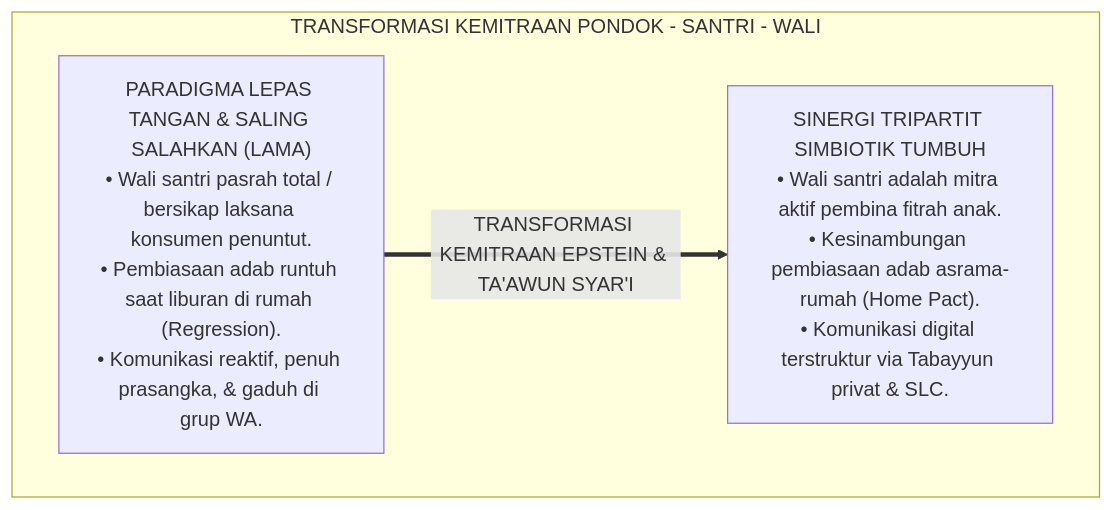
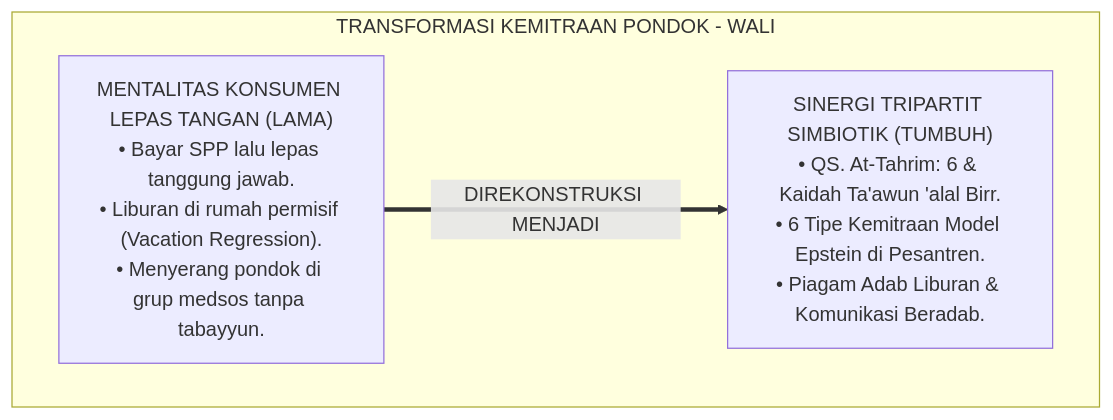
One commit to wandiapriliyandi/tumbuh changed the first of 3 diagrams in 02 Principles/07 Implementation Principles/P2-07-03-Prinsip-Sinergi-Tripartit-Pondok-Santri-Wali.md. Above: the diagram before and after it, drawn with Mermaid. The commit also changed other lines of this file and 6 other files, not shown here.

````diff
--- a/02 Principles/07 Implementation Principles/P2-07-03-Prinsip-Sinergi-Tripartit-Pondok-Santri-Wali.md
+++ b/02 Principles/07 Implementation Principles/P2-07-03-Prinsip-Sinergi-Tripartit-Pondok-Santri-Wali.md
@@ -62,10 +57,10 @@
 ```mermaid
 flowchart TD
-    subgraph TransformasiRelasiTripartit["TRANSFORMASI KEMITRAAN PONDOK - SANTRI - WALI"]
-        RelasiLama["PARADIGMA LEPAS TANGAN & SALING SALAHKAN (LAMA)<br/>• Wali santri pasrah total / bersikap laksana konsumen penuntut.<br/>• Pembiasaan adab runtuh saat liburan di rumah (Regression).<br/>• Komunikasi reaktif, penuh prasangka, & gaduh di grup WA."]
+    subgraph TransformasiKemitraanKeluarga["TRANSFORMASI KEMITRAAN PONDOK - WALI"]
+        PolaLepasTanganLama["MENTALITAS KONSUMEN LEPAS TANGAN (LAMA)<br/>• Bayar SPP lalu lepas tanggung jawab.<br/>• Liburan di rumah permisif (Vacation Regression).<br/>• Menyerang pondok di grup medsos tanpa tabayyun."]
         
-        RelasiTUMBUH["SINERGI TRIPARTIT SIMBIOTIK TUMBUH<br/>• Wali santri adalah mitra aktif pembina fitrah anak.<br/>• Kesinambungan pembiasaan adab asrama-rumah (Home Pact).<br/>• Komunikasi digital terstruktur via Tabayyun privat & SLC."]
+        PolaSinergiTUMBUH["SINERGI TRIPARTIT SIMBIOTIK (TUMBUH)<br/>• QS. At-Tahrim: 6 & Kaidah Ta'awun 'alal Birr.<br/>• 6 Tipe Kemitraan Model Epstein di Pesantren.<br/>• Piagam Adab Liburan & Komunikasi Beradab."]
         
-        RelasiLama ==>|TRANSFORMASI KEMITRAAN EPSTEIN & TA'AWUN SYAR'I| RelasiTUMBUH
+        PolaLepasTanganLama ==>|DIREKONSTRUKSI MENJADI| PolaSinergiTUMBUH
     end
 ```
````
